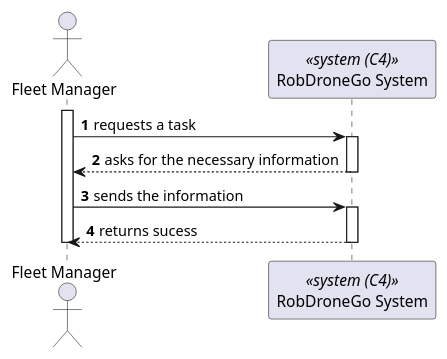
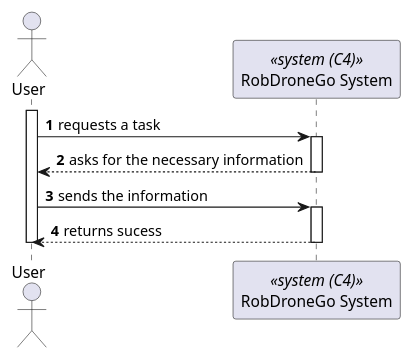
The diagram in _wiki/sprint-c/us-460/views/level-1/process-view.puml (miseEnPlace-dev/lapr5), drawn with PlantUML before and after one commit. The commit also changed 2 other files, not shown here.

Commit message:
docs: updated level-3 diagrams

```diff
--- a/_wiki/sprint-c/us-460/views/level-1/process-view.puml
+++ b/_wiki/sprint-c/us-460/views/level-1/process-view.puml
@@ -1,23 +1,23 @@
 @startuml process-view
 autonumber
 
-actor FM as "Fleet Manager"
+actor User as "User" 
 participant SYS as "RobDroneGo System" <<system (C4)>>
 
-activate FM
+activate User
 
-FM -> SYS : requests a task 
+User -> SYS : requests a task 
 activate SYS
 
-FM <-- SYS : asks for the necessary information
+User <-- SYS : asks for the necessary information
 deactivate SYS
 
-FM -> SYS : sends the information
+User -> SYS : sends the information
 activate SYS
 
-FM <-- SYS : returns sucess
+User <-- SYS : returns sucess
 deactivate SYS
 
-deactivate FM
+deactivate User
 
 @enduml
```
